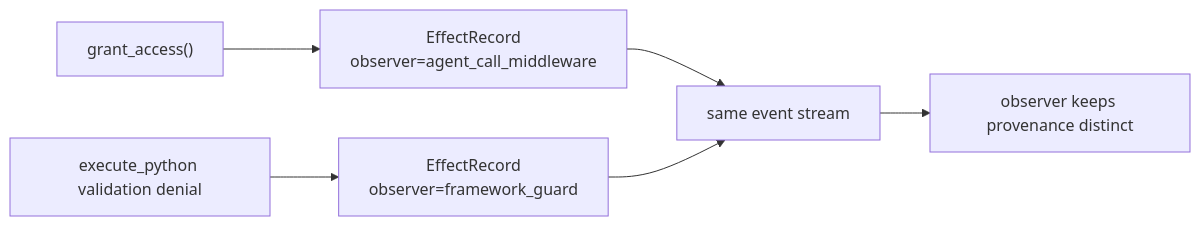
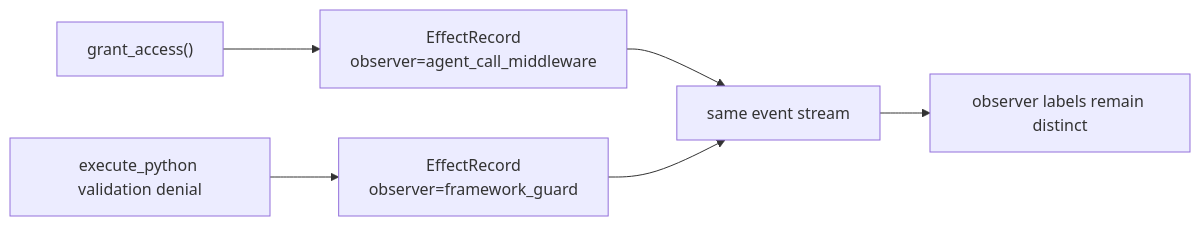
The second of 2 diagrams in examples/security_hardening/README.md (nirosen/labs-OO-Agents), drawn with Mermaid before and after one commit. The commit also changed other lines of this file and 2 other files, not shown here.

Commit message:
Narrow guard observer provenance claims

````diff
--- a/examples/security_hardening/README.md
+++ b/examples/security_hardening/README.md
@@ -51,8 +51,8 @@
 ```mermaid
 flowchart LR
     A["grant_access()"] --> AE["EffectRecord<br/>observer=agent_call_middleware"]
     B["execute_python validation denial"] --> FE["EffectRecord<br/>observer=framework_guard"]
     AE --> C["same event stream"]
     FE --> C
-    C --> D["observer keeps provenance distinct"]
+    C --> D["observer labels remain distinct"]
 ```
````
